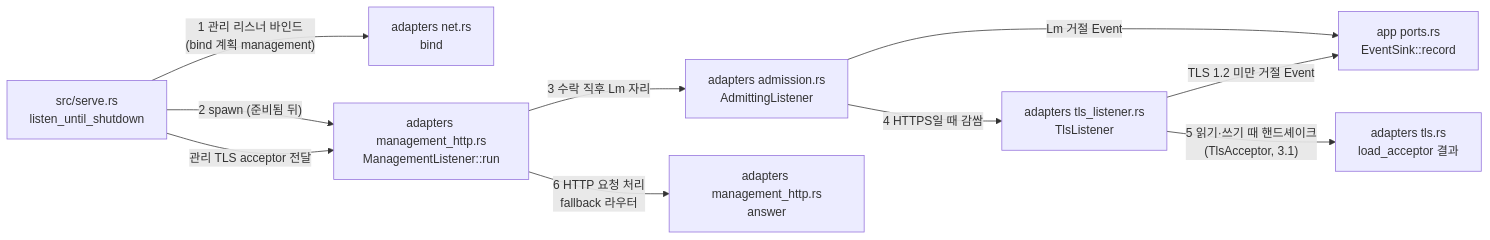
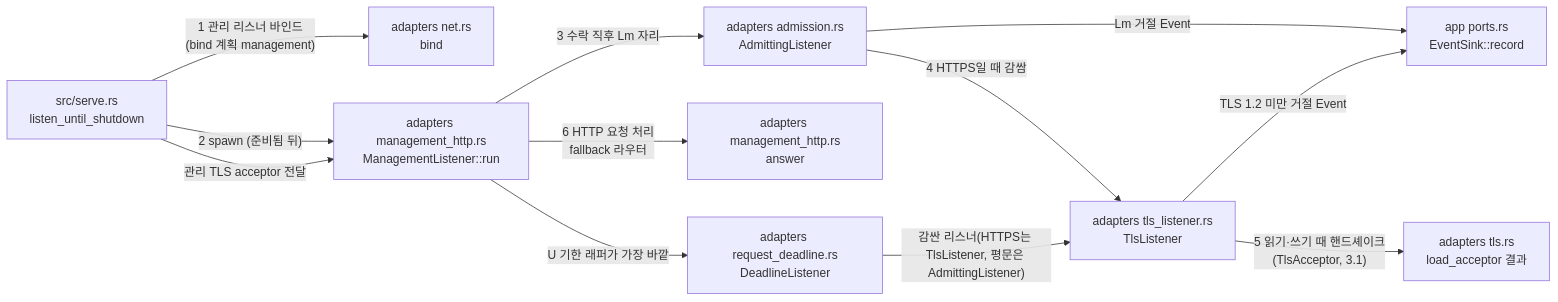
One commit to kayden-kim/vnc-relay changed the diagram in docs/architectures/management-listener.md. Above: the diagram before and after it, drawn with Mermaid. The commit also changed other lines of this file and 3 other files, not shown here.

````diff
--- a/docs/architectures/management-listener.md
+++ b/docs/architectures/management-listener.md
@@ -40,12 +41,14 @@
 ```mermaid
 flowchart LR
     SERVE["src/serve.rs<br/>listen_until_shutdown"] -->|"1 관리 리스너 바인드<br/>(bind 계획 management)"| BIND["adapters net.rs<br/>bind"]
     SERVE -->|"2 spawn (준비됨 뒤)"| MGMT["adapters management_http.rs<br/>ManagementListener::run"]
     MGMT -->|"3 수락 직후 Lm 자리"| ADM["adapters admission.rs<br/>AdmittingListener"]
     ADM -->|"Lm 거절 Event"| SINK["app ports.rs<br/>EventSink::record"]
     ADM -->|"4 HTTPS일 때 감쌈"| TLSL["adapters tls_listener.rs<br/>TlsListener"]
     TLSL -->|"5 읽기·쓰기 때 핸드셰이크<br/>(TlsAcceptor, 3.1)"| TLS["adapters tls.rs<br/>load_acceptor 결과"]
     TLSL -->|"TLS 1.2 미만 거절 Event"| SINK
     MGMT -->|"6 HTTP 요청 처리<br/>fallback 라우터"| ROUTE["adapters management_http.rs<br/>answer"]
     SERVE -->|"관리 TLS acceptor 전달"| MGMT
+    MGMT -->|"U 기한 래퍼가 가장 바깥"| DL["adapters request_deadline.rs<br/>DeadlineListener"]
+    DL -->|"감싼 리스너(HTTPS는 TlsListener, 평문은 AdmittingListener)"| TLSL
 ```
````
